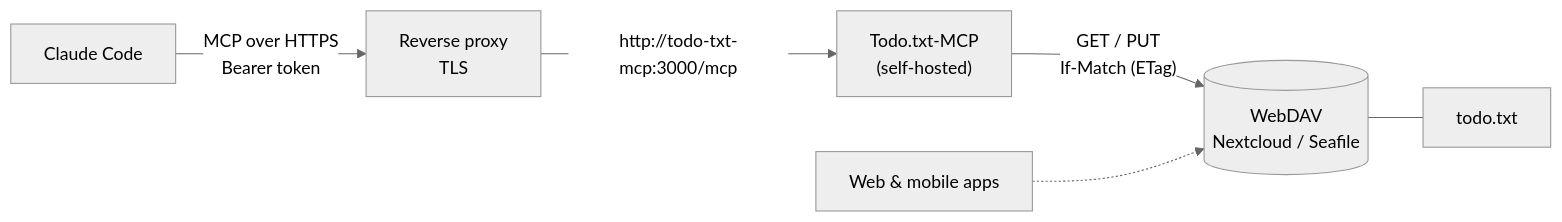
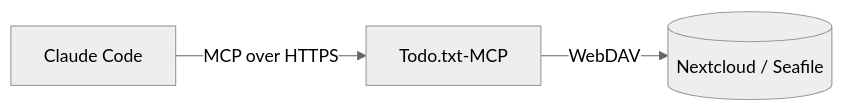
The first of 2 diagrams in README.md (ArnoNuyts/Todo.txt-MCP), drawn with Mermaid (neutral theme) before and after one commit. The commit also changed other lines of this file, not shown here.

Commit message:
docs: simplify architecture diagrams

````diff
--- a/README.md
+++ b/README.md
@@ -29,15 +25,5 @@
 ```mermaid
 flowchart LR
-    CC["Claude Code"]
-    PROXY["Reverse proxy<br/>TLS"]
-    MCP["Todo.txt-MCP<br/>(self-hosted)"]
-    DAV[("WebDAV<br/>Nextcloud / Seafile")]
-    FILE["todo.txt"]
-    APPS["Web & mobile apps"]
-
-    CC -- "MCP over HTTPS<br/>Bearer token" --> PROXY
-    PROXY -- "http://todo-txt-mcp:3000/mcp" --> MCP
-    MCP -- "GET / PUT<br/>If-Match (ETag)" --> DAV
-    DAV --- FILE
-    APPS -.-> DAV
+    CC["Claude Code"] -->|"MCP over HTTPS"| MCP["Todo.txt-MCP"]
+    MCP -->|"WebDAV"| DAV[("Nextcloud / Seafile")]
 ```
````
